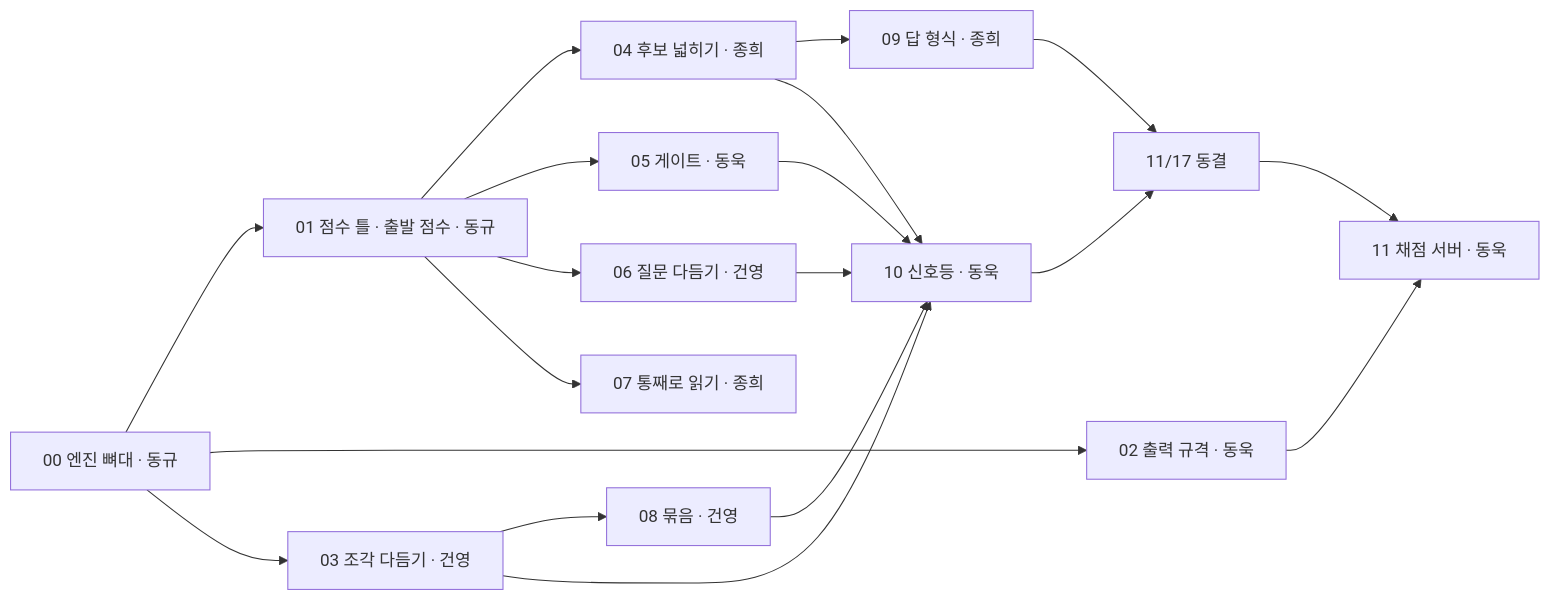
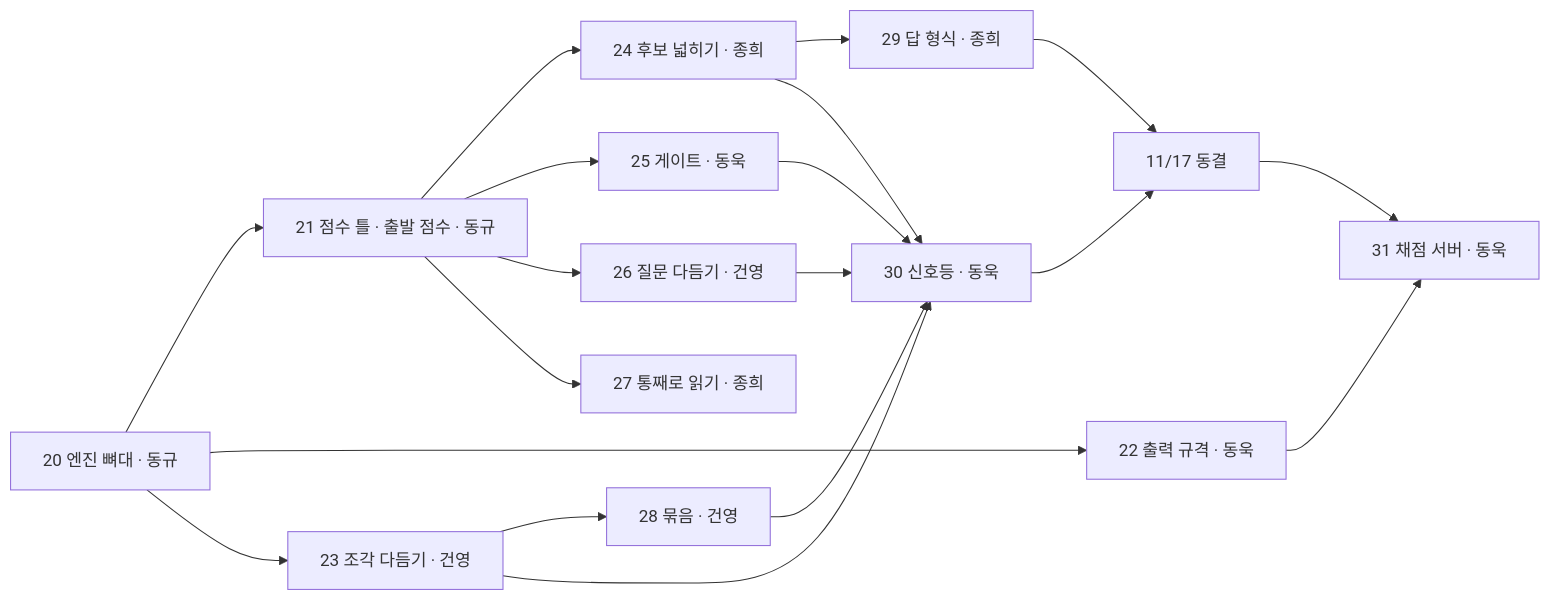
Before and after one commit to team-gg-aibc/aibc2026-gg: the diagram in docs/engine/plan.md, drawn with Mermaid. The commit also changed other lines of this file and 12 other files, not shown here.

````diff
--- a/docs/engine/plan.md
+++ b/docs/engine/plan.md
@@ -226,15 +228,15 @@
 ```mermaid
 flowchart LR
-  S00["00 엔진 뼈대 · 동규"] --> S01["01 점수 틀 · 출발 점수 · 동규"]
-  S00 --> S02["02 출력 규격 · 동욱"]
-  S00 --> S03["03 조각 다듬기 · 건영"]
-  S01 --> S04["04 후보 넓히기 · 종희"]
-  S01 --> S05["05 게이트 · 동욱"]
-  S01 --> S06["06 질문 다듬기 · 건영"]
-  S01 --> S07["07 통째로 읽기 · 종희"]
-  S03 --> S08["08 묶음 · 건영"]
-  S04 --> S09["09 답 형식 · 종희"]
-  S03 & S04 & S05 & S06 & S08 --> S10["10 신호등 · 동욱"]
-  S02 --> S11["11 채점 서버 · 동욱"]
+  S00["20 엔진 뼈대 · 동규"] --> S01["21 점수 틀 · 출발 점수 · 동규"]
+  S00 --> S02["22 출력 규격 · 동욱"]
+  S00 --> S03["23 조각 다듬기 · 건영"]
+  S01 --> S04["24 후보 넓히기 · 종희"]
+  S01 --> S05["25 게이트 · 동욱"]
+  S01 --> S06["26 질문 다듬기 · 건영"]
+  S01 --> S07["27 통째로 읽기 · 종희"]
+  S03 --> S08["28 묶음 · 건영"]
+  S04 --> S09["29 답 형식 · 종희"]
+  S03 & S04 & S05 & S06 & S08 --> S10["30 신호등 · 동욱"]
+  S02 --> S11["31 채점 서버 · 동욱"]
   S09 & S10 --> F["11/17 동결"] --> S11
 ```
````
